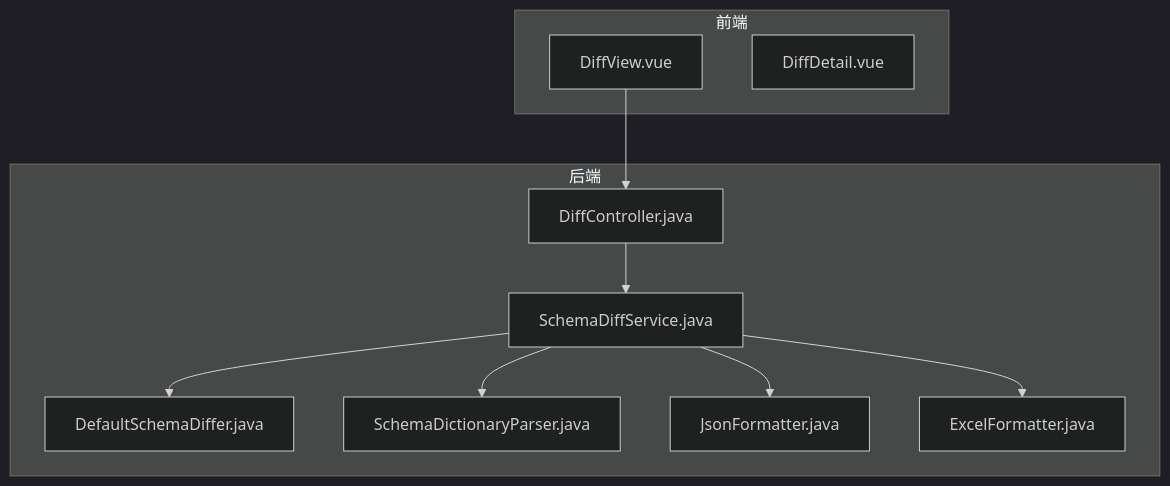
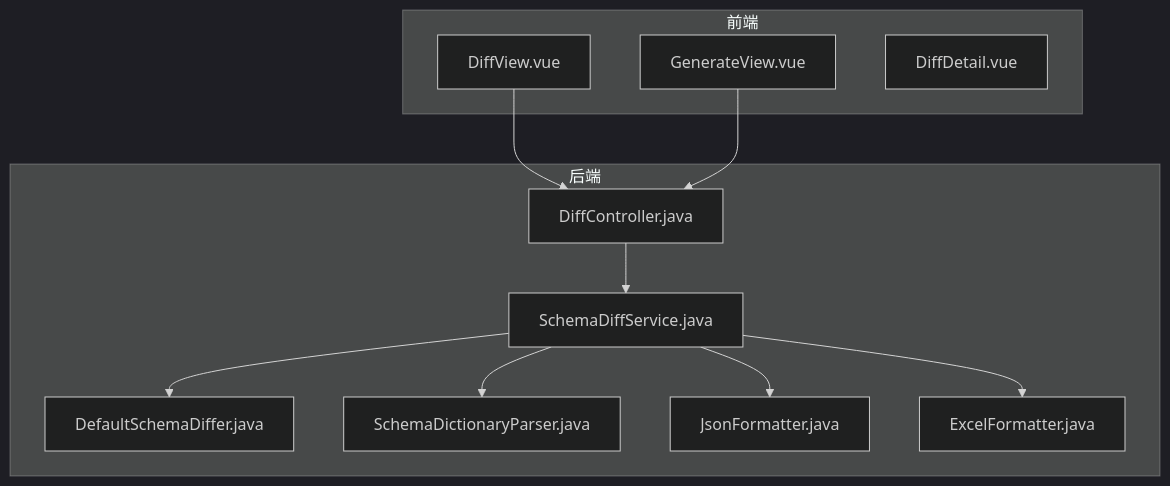
The first of 5 diagrams in .qoder/repowiki/zh/content/前端架构/页面组件详解/DiffView版本差异对比页面.md (SamLing-Why/SchemaSync), drawn with Mermaid (dark theme) before and after one commit. The commit also changed other lines of this file and 32 other files, not shown here.

````diff
--- a/.qoder/repowiki/zh/content/前端架构/页面组件详解/DiffView版本差异对比页面.md
+++ b/.qoder/repowiki/zh/content/前端架构/页面组件详解/DiffView版本差异对比页面.md
@@ -44,21 +52,23 @@
 ```mermaid
 graph TB
 subgraph "前端"
 DV["DiffView.vue"]
+GV["GenerateView.vue"]
 DD["DiffDetail.vue"]
 end
 subgraph "后端"
 DC["DiffController.java"]
 SDS["SchemaDiffService.java"]
 DSD["DefaultSchemaDiffer.java"]
 SDP["SchemaDictionaryParser.java"]
 JF["JsonFormatter.java"]
 EF["ExcelFormatter.java"]
 end
 DV --> DC
+GV --> DC
 DC --> SDS
 SDS --> DSD
 SDS --> SDP
 SDS --> JF
 SDS --> EF
 ```
````
